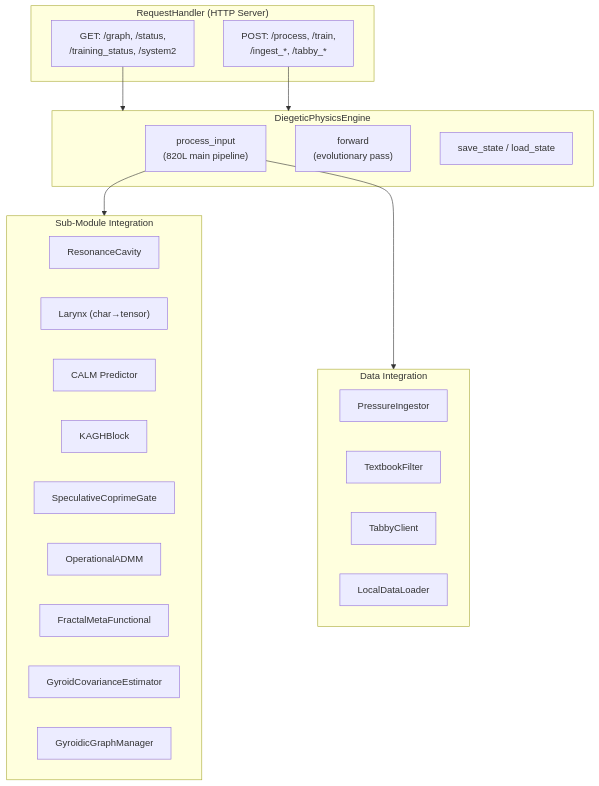
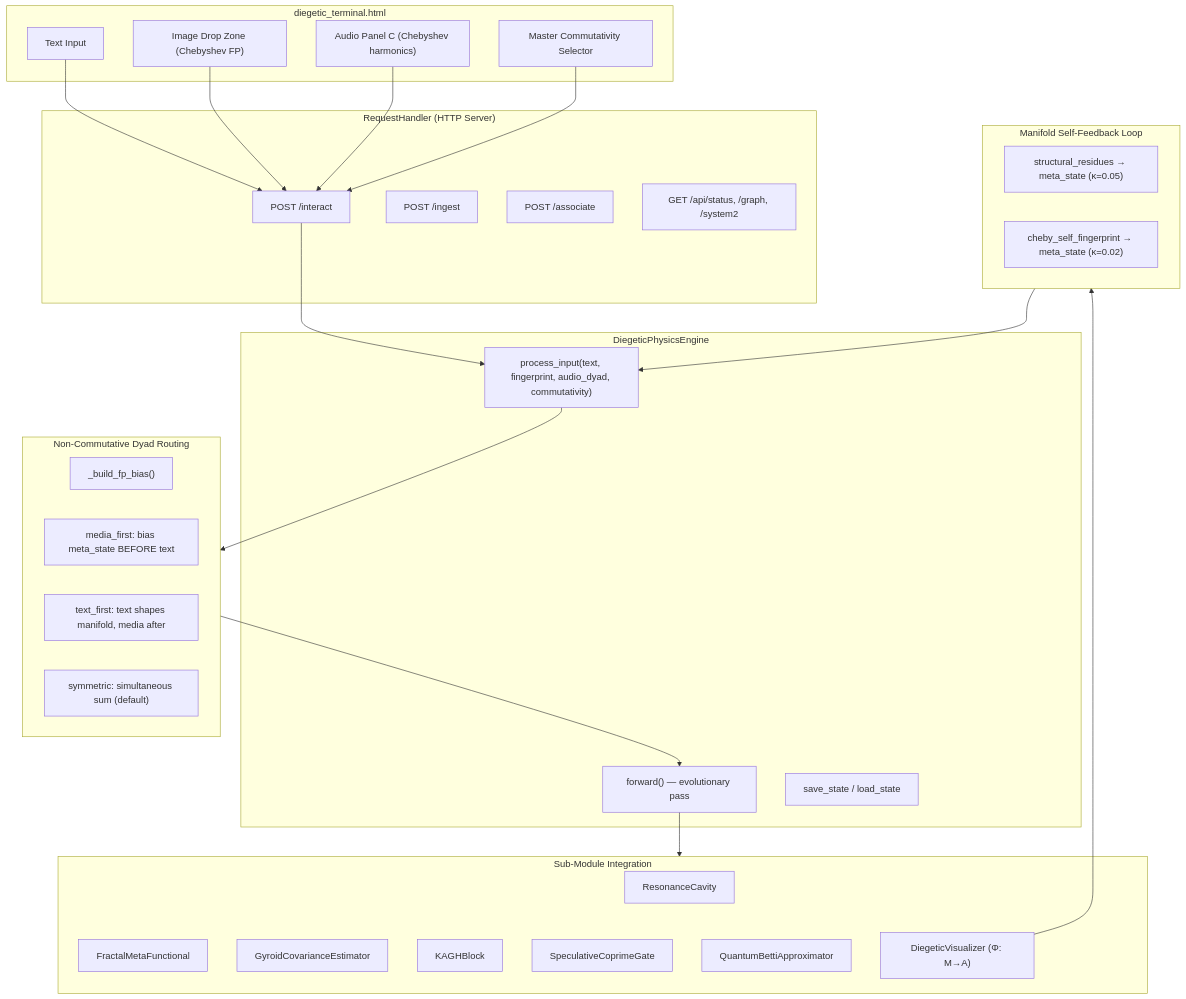
Before and after one commit to ZenoNex/Gyroidic-Sparse-Covariance-Flux-Reasoner: the diagram in docs/DIEGETIC_ENGINE.md, drawn with Mermaid. The commit also changed other lines of this file, not shown here.

````diff
--- a/docs/DIEGETIC_ENGINE.md
+++ b/docs/DIEGETIC_ENGINE.md
@@ -10,39 +10,52 @@
 ```mermaid
 graph TB
+    subgraph UI["diegetic_terminal.html"]
+        TXT["Text Input"]
+        IMG["Image Drop Zone (Chebyshev FP)"]
+        AUD["Audio Panel C (Chebyshev harmonics)"]
+        COM["Master Commutativity Selector"]
+    end
+
     subgraph HTTP["RequestHandler (HTTP Server)"]
-        GET["GET: /graph, /status,<br/>/training_status, /system2"]
-        POST["POST: /process, /train,<br/>/ingest_*, /tabby_*"]
+        POST_I["POST /interact"]
+        POST_IN["POST /ingest"]
+        POST_A["POST /associate"]
+        GET_S["GET /api/status, /graph, /system2"]
     end
-    
-    GET --> DPE
-    POST --> DPE
-    
+
     subgraph DPE["DiegeticPhysicsEngine"]
-        PI["process_input<br/>(820L main pipeline)"]
-        FWD["forward<br/>(evolutionary pass)"]
+        PI["process_input(text, fingerprint, audio_dyad, commutativity)"]
+        FWD["forward() — evolutionary pass"]
         SAVE["save_state / load_state"]
     end
-    
+
+    subgraph Routing["Non-Commutative Dyad Routing"]
+        BIAS["_build_fp_bias()"]
+        MED_F["media_first: bias meta_state BEFORE text"]
+        TXT_F["text_first: text shapes manifold, media after"]
+        SYM["symmetric: simultaneous sum (default)"]
+    end
+
     subgraph Modules["Sub-Module Integration"]
         CAV["ResonanceCavity"]
-        LAR["Larynx (char→tensor)"]
-        CALM_M["CALM Predictor"]
+        FMF["FractalMetaFunctional"]
+        GC["GyroidCovarianceEstimator"]
         KAGH["KAGHBlock"]
         SCCCG["SpeculativeCoprimeGate"]
-        ADMM["OperationalADMM"]
-        FMF["FractalMetaFunctional"]
-        GC["GyroidCovarianceEstimator"]
-        GRAPH["GyroidicGraphManager"]
+        QTDA["QuantumBettiApproximator"]
+        VIZ["DiegeticVisualizer (Φ: M→A)"]
     end
-    
-    PI --> Modules
-    
-    subgraph Data["Data Integration"]
-        PI_D["PressureIngestor"]
-        TF["TextbookFilter"]
-        TC["TabbyClient"]
-        LDL["LocalDataLoader"]
+
+    subgraph Feedback["Manifold Self-Feedback Loop"]
+        SR["structural_residues → meta_state (κ=0.05)"]
+        CSF["cheby_self_fingerprint → meta_state (κ=0.02)"]
     end
-    
-    PI --> Data
+
+    TXT --> POST_I
+    IMG --> POST_I
+    AUD --> POST_I
+    COM --> POST_I
+    POST_I --> PI
+    PI --> Routing --> FWD --> Modules
+    Modules --> VIZ --> Feedback --> PI
 ```
````
